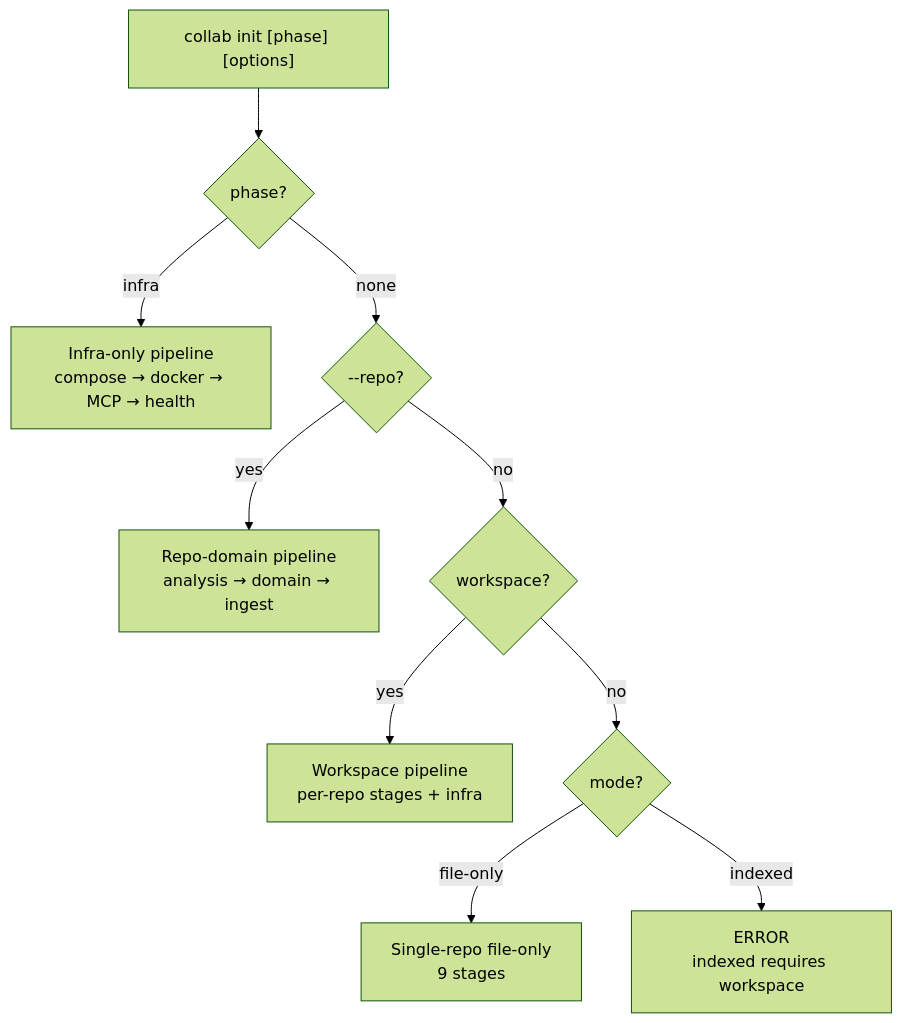
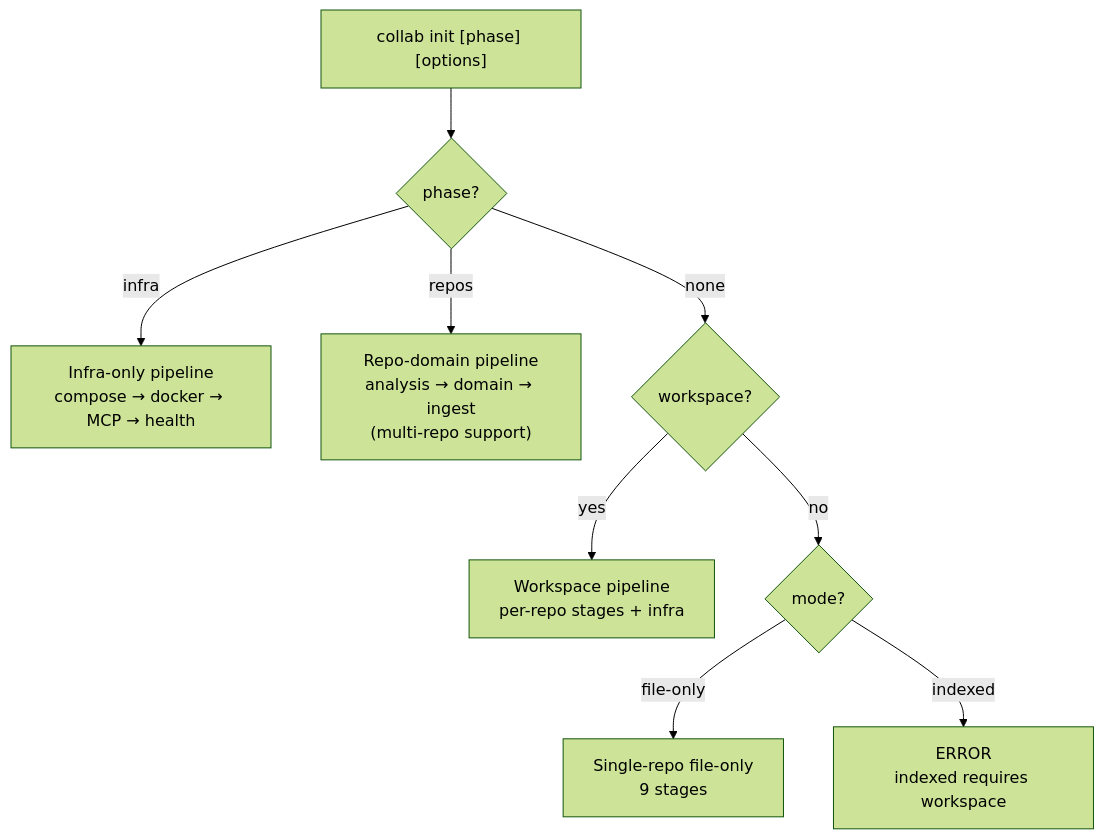
Before and after one commit to uxmaltech/collab-cli: the second of 11 diagrams in README.md, drawn with Mermaid (forest theme). The commit also changed other lines of this file and 8 other files, not shown here.

First line of the commit message:
feat: refactor `collab init --repo` to `collab init repos <path...>` subcommand (#124)

````diff
--- a/README.md
+++ b/README.md
@@ -147,12 +147,11 @@
 ```mermaid
 flowchart TD
     A["collab init [phase] [options]"] --> B{phase?}
     B -->|"infra"| C["Infra-only pipeline<br>compose → docker → MCP → health"]
-    B -->|none| D{"--repo?"}
-    D -->|yes| E["Repo-domain pipeline<br>analysis → domain → ingest"]
-    D -->|no| F{workspace?}
+    B -->|"repos"| E["Repo-domain pipeline<br>analysis → domain → ingest<br>(multi-repo support)"]
+    B -->|none| F{workspace?}
     F -->|yes| G["Workspace pipeline<br>per-repo stages + infra"]
     F -->|no| H{mode?}
     H -->|"file-only"| I["Single-repo file-only<br>9 stages"]
     H -->|"indexed"| J["ERROR<br>indexed requires workspace"]
 ```
````
